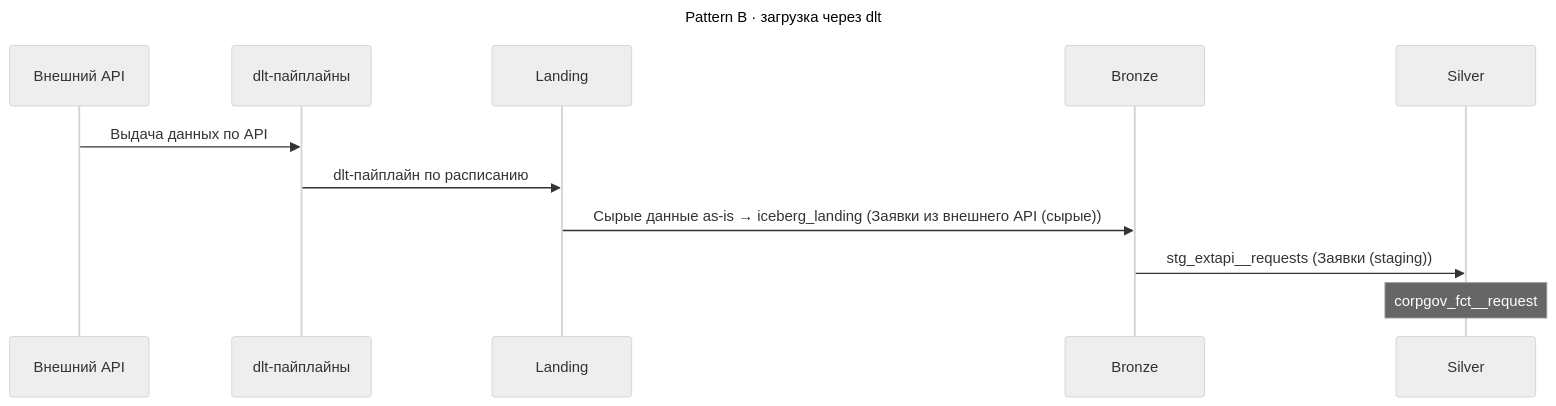
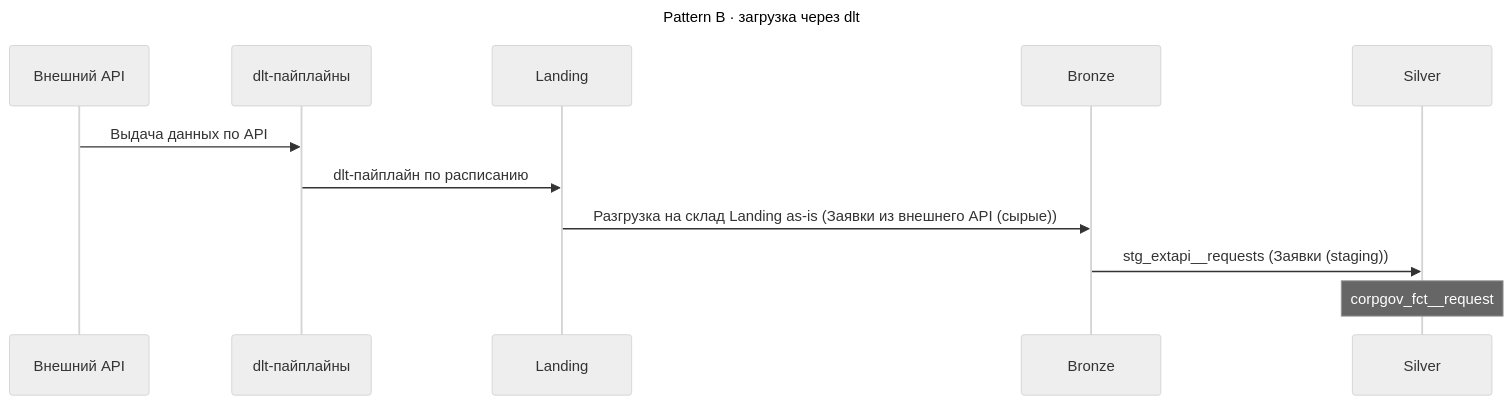
Before and after one commit to em-art/Data-City: the third of 4 diagrams in docs/model.md, drawn with Mermaid (neutral theme). The commit also changed other lines of this file and 26 other files, not shown here.

````diff
--- a/docs/model.md
+++ b/docs/model.md
@@ -102,14 +103,14 @@
 ```mermaid
 sequenceDiagram
   title Pattern B · загрузка через dlt
   participant sys_extapi as Внешний API
   participant sys_dlt as dlt-пайплайны
   participant layer_landing as Landing
   participant layer_bronze as Bronze
   participant layer_silver as Silver
   sys_extapi->>sys_dlt: Выдача данных по API
   sys_dlt->>layer_landing: dlt-пайплайн по расписанию
-  layer_landing->>layer_bronze: Сырые данные as-is → iceberg_landing (Заявки из внешнего API (сырые))
+  layer_landing->>layer_bronze: Разгрузка на склад Landing as-is (Заявки из внешнего API (сырые))
   layer_bronze->>layer_silver: stg_extapi__requests (Заявки (staging))
   Note over layer_silver: corpgov_fct__request
 ```
````
